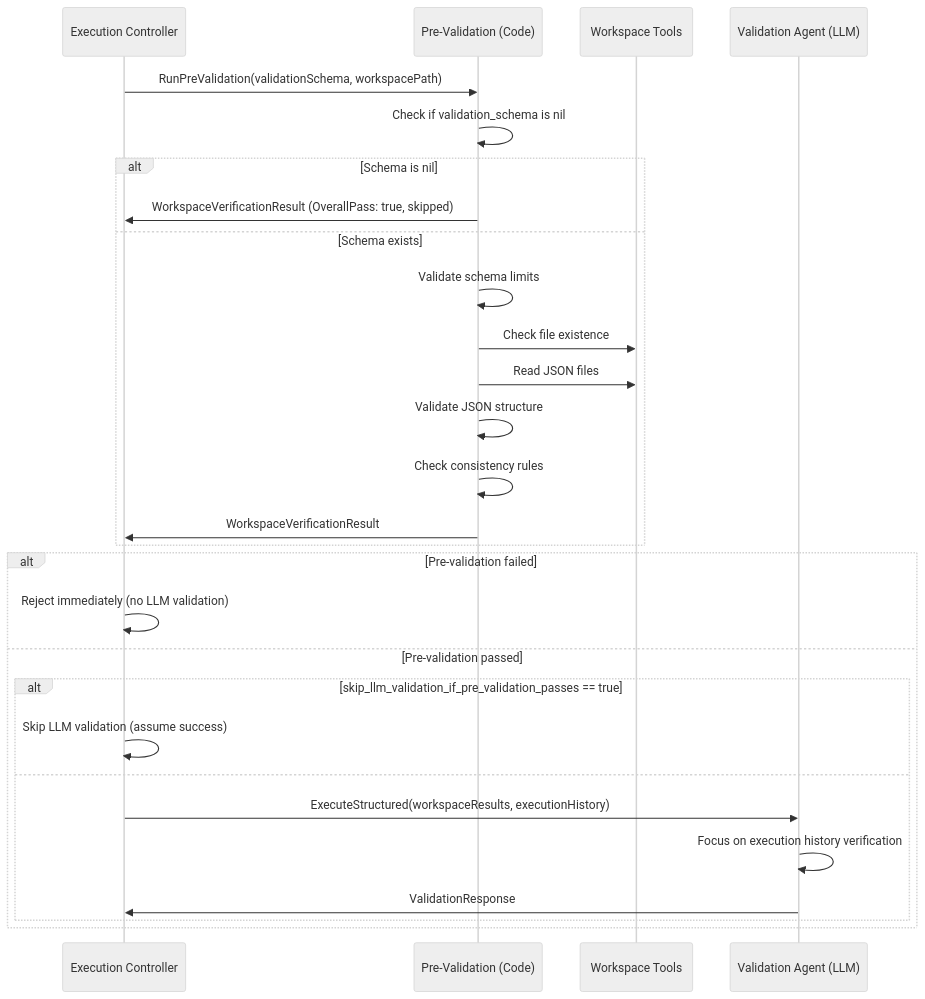
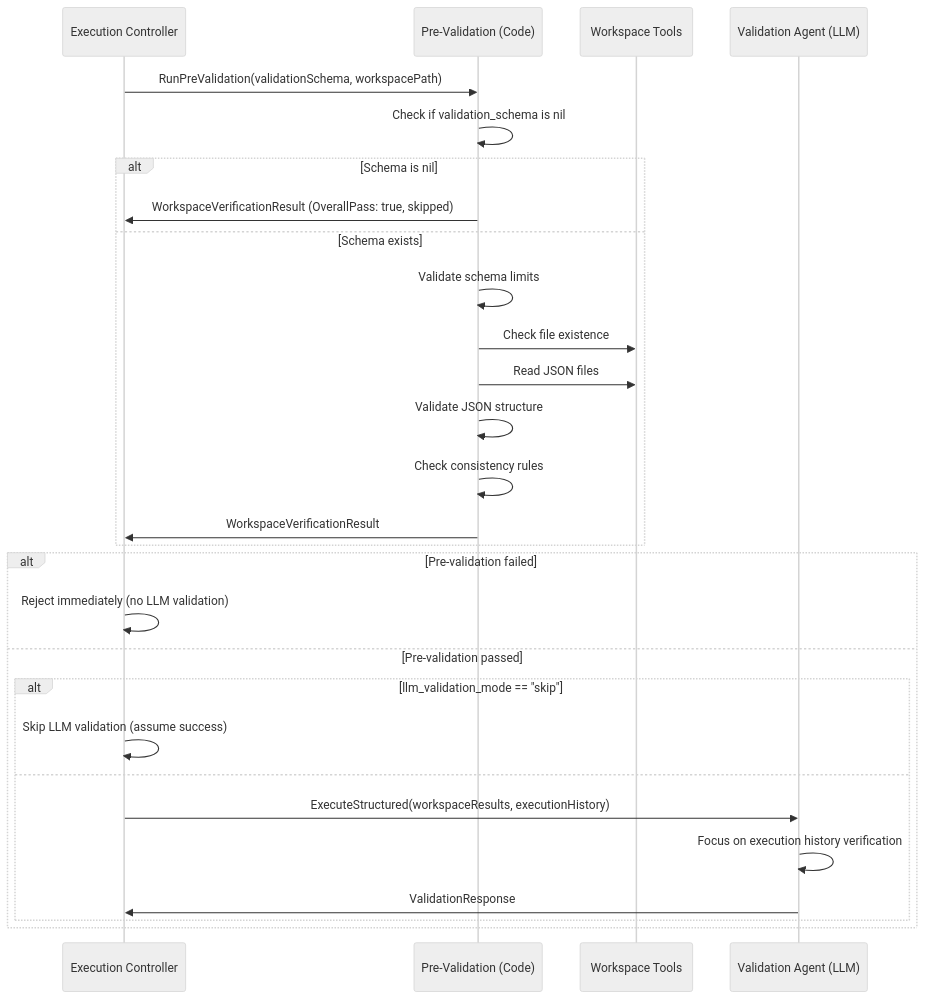
The diagram in docs/validation_schema_implementation.md (manishiitg/coding-agent-loop), drawn with Mermaid (neutral theme) before and after one commit. The commit also changed other lines of this file and 29 other files, not shown here.

````diff
--- a/docs/validation_schema_implementation.md
+++ b/docs/validation_schema_implementation.md
@@ -318,32 +318,32 @@
 ```mermaid
 sequenceDiagram
     participant Controller as Execution Controller
     participant PreVal as Pre-Validation (Code)
     participant Workspace as Workspace Tools
     participant ValAgent as Validation Agent (LLM)
     
     Controller->>PreVal: RunPreValidation(validationSchema, workspacePath)
     PreVal->>PreVal: Check if validation_schema is nil
     alt Schema is nil
         PreVal->>Controller: WorkspaceVerificationResult (OverallPass: true, skipped)
     else Schema exists
         PreVal->>PreVal: Validate schema limits
         PreVal->>Workspace: Check file existence
         PreVal->>Workspace: Read JSON files
         PreVal->>PreVal: Validate JSON structure
         PreVal->>PreVal: Check consistency rules
         PreVal->>Controller: WorkspaceVerificationResult
     end
     
     alt Pre-validation failed
         Controller->>Controller: Reject immediately (no LLM validation)
     else Pre-validation passed
-        alt skip_llm_validation_if_pre_validation_passes == true
+        alt llm_validation_mode == "skip"
             Controller->>Controller: Skip LLM validation (assume success)
         else
             Controller->>ValAgent: ExecuteStructured(workspaceResults, executionHistory)
             ValAgent->>ValAgent: Focus on execution history verification
             ValAgent->>Controller: ValidationResponse
         end
     end
 ```
````
